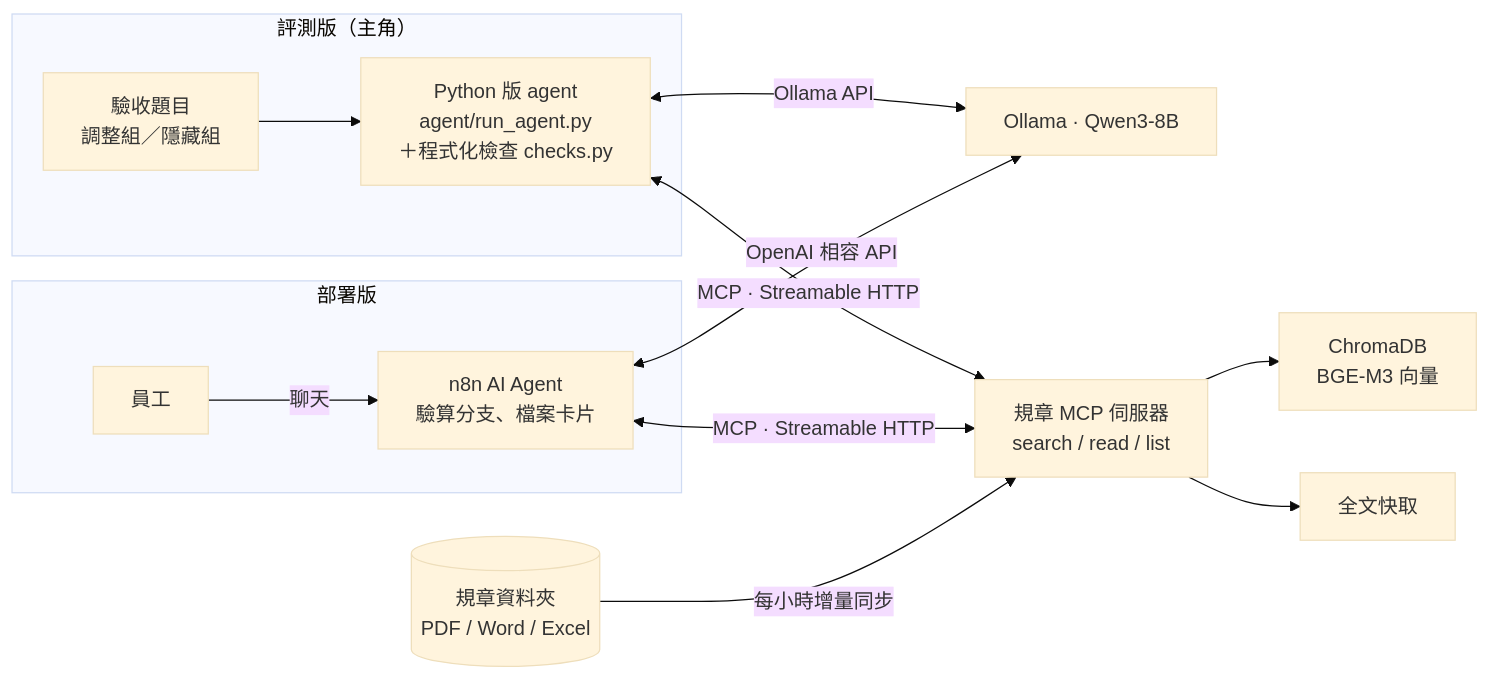
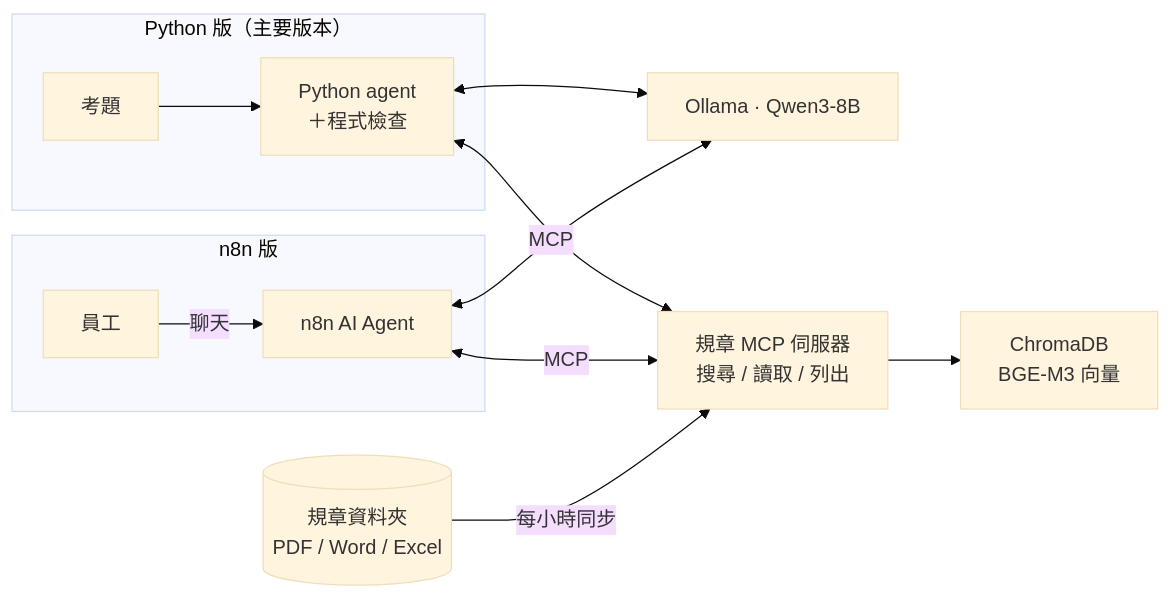
Before and after one commit to didiwannasleep0117/policy-agent-demo: the diagram in README.md, drawn with Mermaid (base theme). The commit also changed other lines of this file, not shown here.

````diff
--- a/README.md
+++ b/README.md
@@ -27,16 +18,15 @@
 ```mermaid
 flowchart LR
-    subgraph EVAL["評測版（主角）"]
-        Q["驗收題目<br/>調整組／隱藏組"] --> PY["Python 版 agent<br/>agent/run_agent.py<br/>＋程式化檢查 checks.py"]
+    subgraph EVAL["Python 版（主要版本）"]
+        Q["考題"] --> PY["Python agent<br/>＋程式檢查"]
     end
-    subgraph DEPLOY["部署版"]
-        U[員工] -->|聊天| N8N["n8n AI Agent<br/>驗算分支、檔案卡片"]
+    subgraph DEPLOY["n8n 版"]
+        U[員工] -->|聊天| N8N["n8n AI Agent"]
     end
-    PY <-->|Ollama API| LLM["Ollama · Qwen3-8B"]
-    N8N <-->|OpenAI 相容 API| LLM
-    PY <-->|MCP · Streamable HTTP| MCP["規章 MCP 伺服器<br/>search / read / list"]
-    N8N <-->|MCP · Streamable HTTP| MCP
+    PY <--> LLM["Ollama · Qwen3-8B"]
+    N8N <--> LLM
+    PY <-->|MCP| MCP["規章 MCP 伺服器<br/>搜尋 / 讀取 / 列出"]
+    N8N <-->|MCP| MCP
     MCP --> IDX["ChromaDB<br/>BGE-M3 向量"]
-    MCP --> CACHE["全文快取"]
-    DOCS[("規章資料夾<br/>PDF / Word / Excel")] -->|每小時增量同步| MCP
+    DOCS[("規章資料夾<br/>PDF / Word / Excel")] -->|每小時同步| MCP
 ```
````
